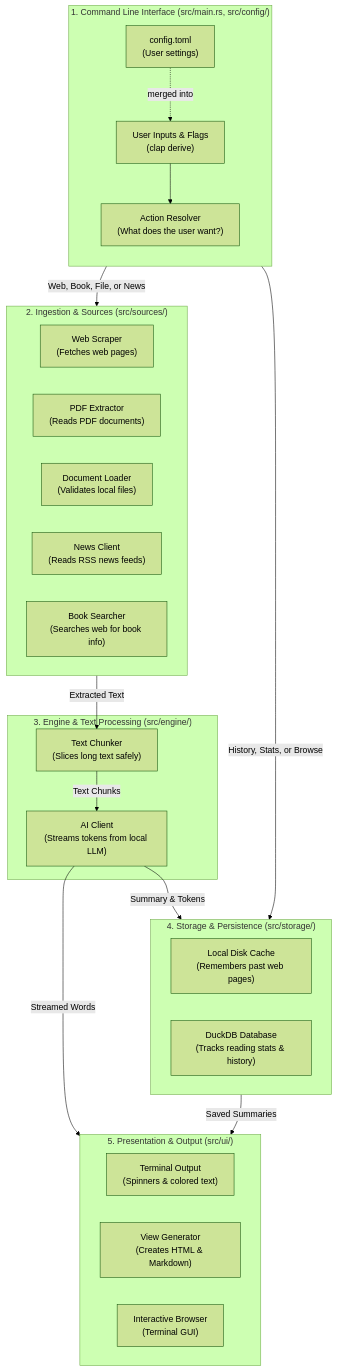
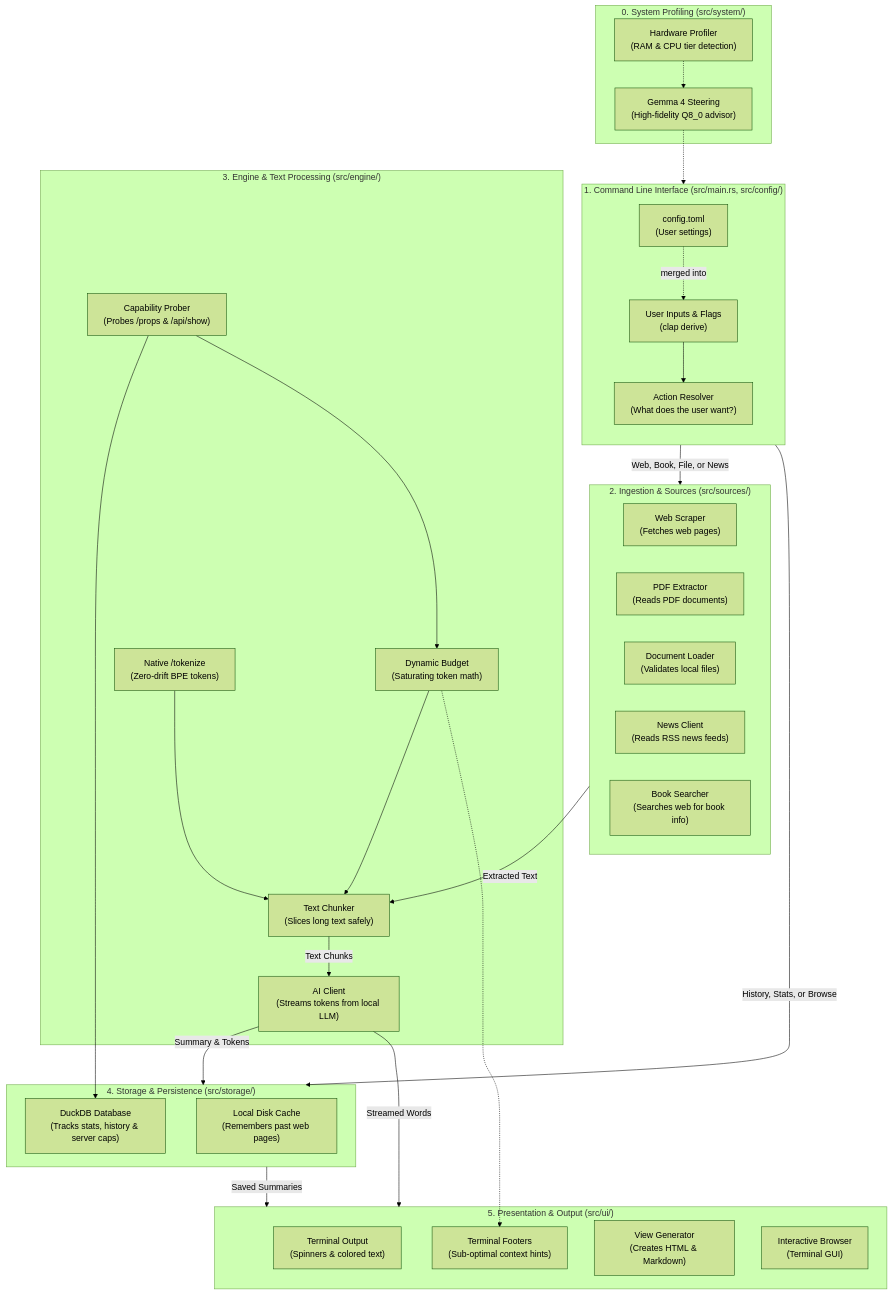
One commit to NewGuy012/srz changed the first of 3 diagrams in docs/RUST_LEARNING_GUIDE.md. Above: the diagram before and after it, drawn with Mermaid (forest theme). The commit also changed other lines of this file and 6 other files, not shown here.

Commit message:
docs: document dynamic budgeting, native /tokenize, hardware steering, and architecture

````diff
--- a/docs/RUST_LEARNING_GUIDE.md
+++ b/docs/RUST_LEARNING_GUIDE.md
@@ -683,40 +756,55 @@
 ```mermaid
 flowchart TD
+    subgraph System ["0. System Profiling (src/system/)"]
+        Hw["Hardware Profiler<br/>(RAM & CPU tier detection)"]
+        GemmaSteering["Gemma 4 Steering<br/>(High-fidelity Q8_0 advisor)"]
+    end
+
     subgraph CLI ["1. Command Line Interface (src/main.rs, src/config/)"]
         direction TB
         Args["User Inputs & Flags<br/>(clap derive)"] --> Resolver["Action Resolver<br/>(What does the user want?)"]
         ConfigFile["config.toml<br/>(User settings)"] -. merged into .-> Args
     end
 
     subgraph Sources ["2. Ingestion & Sources (src/sources/)"]
         WebScraper["Web Scraper<br/>(Fetches web pages)"]
         PdfExtractor["PDF Extractor<br/>(Reads PDF documents)"]
         DocLoader["Document Loader<br/>(Validates local files)"]
         NewsClient["News Client<br/>(Reads RSS news feeds)"]
         Searcher["Book Searcher<br/>(Searches web for book info)"]
     end
 
     subgraph Engine ["3. Engine & Text Processing (src/engine/)"]
+        Discovery["Capability Prober<br/>(Probes /props & /api/show)"]
+        BudgetEngine["Dynamic Budget<br/>(Saturating token math)"]
+        NativeTokenize["Native /tokenize<br/>(Zero-drift BPE tokens)"]
         Chunker["Text Chunker<br/>(Slices long text safely)"]
         LLM["AI Client<br/>(Streams tokens from local LLM)"]
     end
 
     subgraph Storage ["4. Storage & Persistence (src/storage/)"]
         Cache["Local Disk Cache<br/>(Remembers past web pages)"]
-        DB["DuckDB Database<br/>(Tracks reading stats & history)"]
+        DB["DuckDB Database<br/>(Tracks stats, history & server caps)"]
     end
 
     subgraph UI ["5. Presentation & Output (src/ui/)"]
         Printer["Terminal Output<br/>(Spinners & colored text)"]
+        Hints["Terminal Footers<br/>(Sub-optimal context hints)"]
         Render["View Generator<br/>(Creates HTML & Markdown)"]
         TUI["Interactive Browser<br/>(Terminal GUI)"]
     end
 
+    Hw -.-> GemmaSteering -.-> Resolver
     Resolver -->|"Web, Book, File, or News"| Sources
     Sources -->|"Extracted Text"| Chunker
+    Discovery --> DB
+    Discovery --> BudgetEngine
+    NativeTokenize --> Chunker
+    BudgetEngine --> Chunker
     Chunker -->|"Text Chunks"| LLM
     LLM -->|"Summary & Tokens"| Storage
     LLM -->|"Streamed Words"| UI
+    BudgetEngine -.-> Hints
     Resolver -->|"History, Stats, or Browse"| Storage
     Storage -->|"Saved Summaries"| UI
 ```
````
